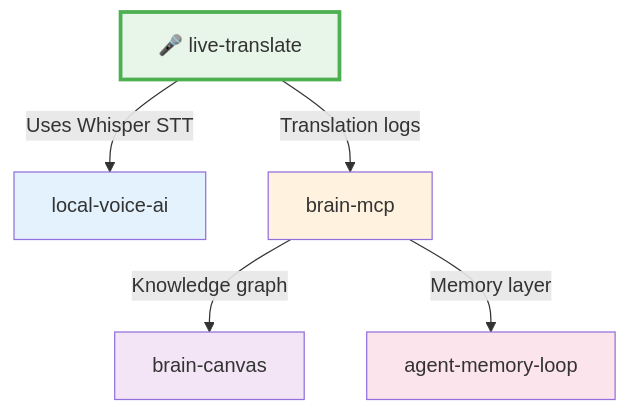
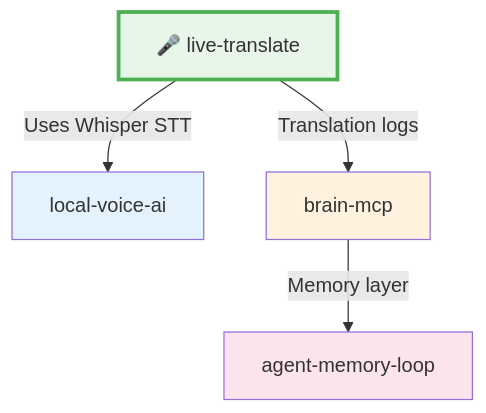
Before and after one commit to mordechaipotash/live-translate: the second of 2 diagrams in README.md, drawn with Mermaid. The commit also changed other lines of this file, not shown here.

Commit message:
cleanup: remove brain-canvas references

````diff
--- a/README.md
+++ b/README.md
@@ -264,13 +263,11 @@
 ```mermaid
 graph TD
     A[🎤 live-translate] -->|Uses Whisper STT| B[local-voice-ai]
     A -->|Translation logs| C[brain-mcp]
-    C -->|Knowledge graph| D[brain-canvas]
     C -->|Memory layer| E[agent-memory-loop]
     
     style A fill:#e8f5e9,stroke:#4caf50,stroke-width:3px
     style B fill:#e3f2fd
     style C fill:#fff3e0
-    style D fill:#f3e5f5
     style E fill:#fce4ec
 ```
````
